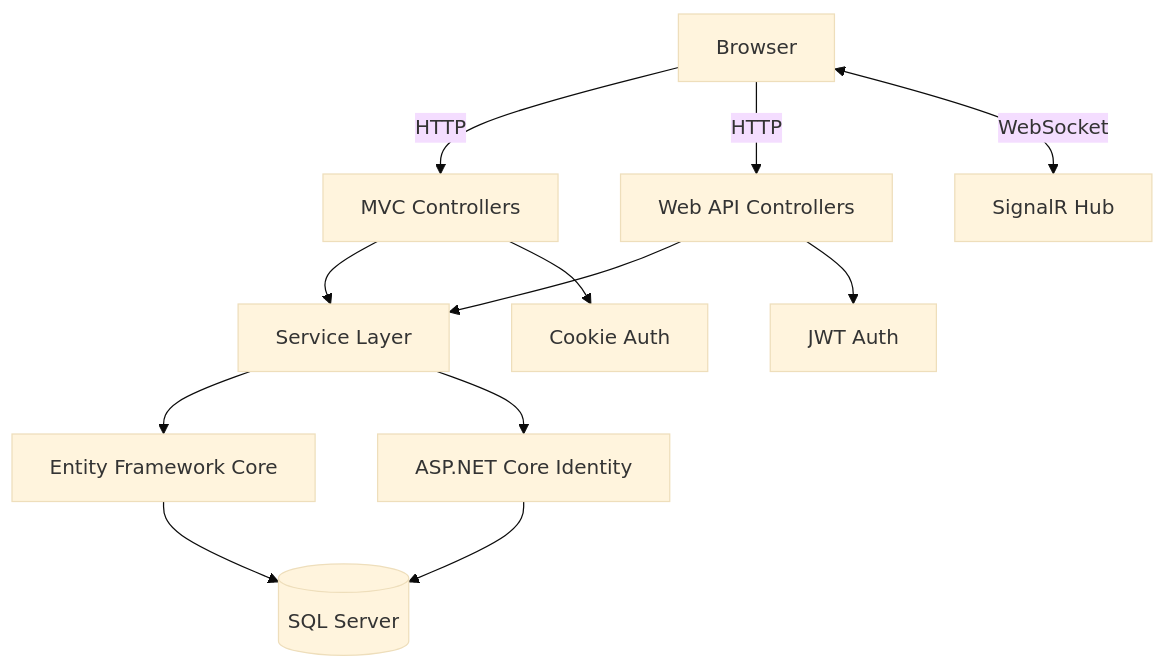
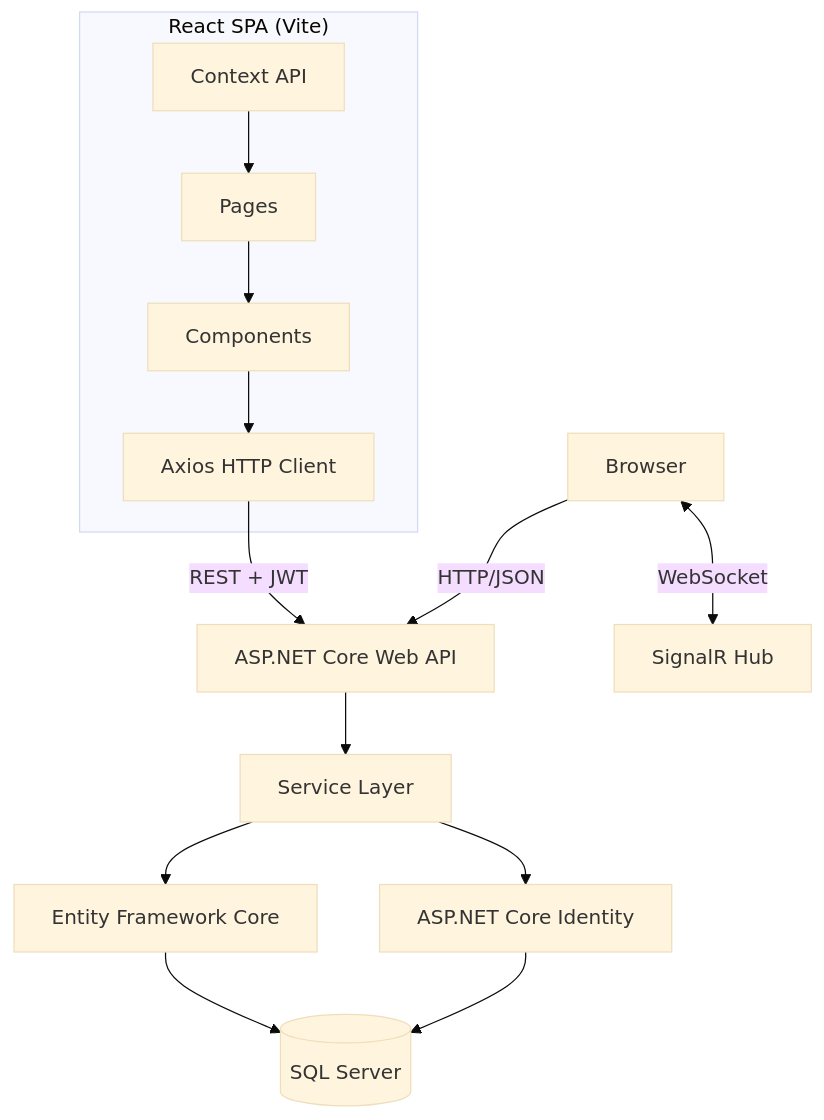
The diagram in .agent/ARCHITECTURE.md (Prof-bilal/ContestAzam), drawn with Mermaid (base theme) before and after one commit. The commit also changed other lines of this file and 24 other files, not shown here.

First line of the commit message:
feat: migrate to React + Web API stack

````diff
--- a/.agent/ARCHITECTURE.md
+++ b/.agent/ARCHITECTURE.md
@@ -26,18 +22,19 @@
 ```mermaid
 graph TB
-    Browser[Browser] -->|HTTP| MVC[MVC Controllers]
-    Browser -->|HTTP| API[Web API Controllers]
+    Browser[Browser] -->|HTTP/JSON| API[ASP.NET Core Web API]
     Browser <-->|WebSocket| SignalR[SignalR Hub]
 
-    MVC --> Services[Service Layer]
-    API --> Services
-
+    API --> Services[Service Layer]
     Services --> EF[Entity Framework Core]
     EF --> SQL[(SQL Server)]
-
     Services --> Identity[ASP.NET Core Identity]
     Identity --> SQL
 
-    API --> JWT[JWT Auth]
-    MVC --> Cookie[Cookie Auth]
+    subgraph "React SPA (Vite)"
+        Pages[Pages] --> Components[Components]
+        Components --> AxiosHTTP[Axios HTTP Client]
+        Context[Context API] --> Pages
+    end
+
+    AxiosHTTP -->|REST + JWT| API
 ```
````
